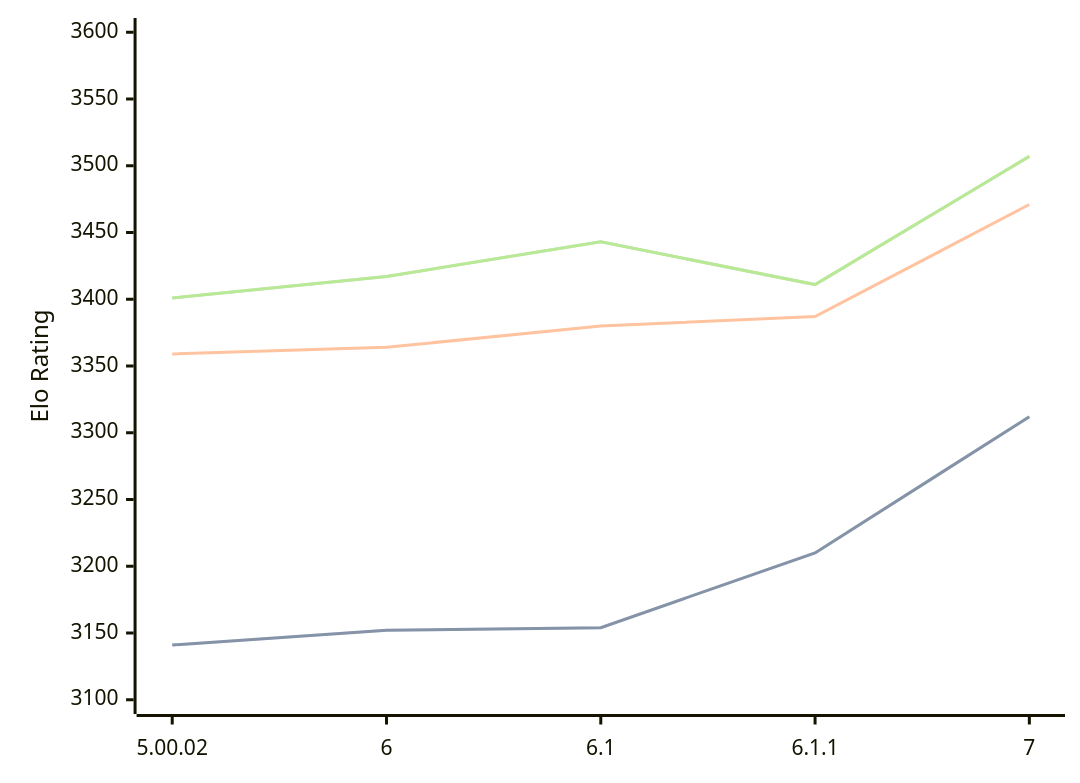
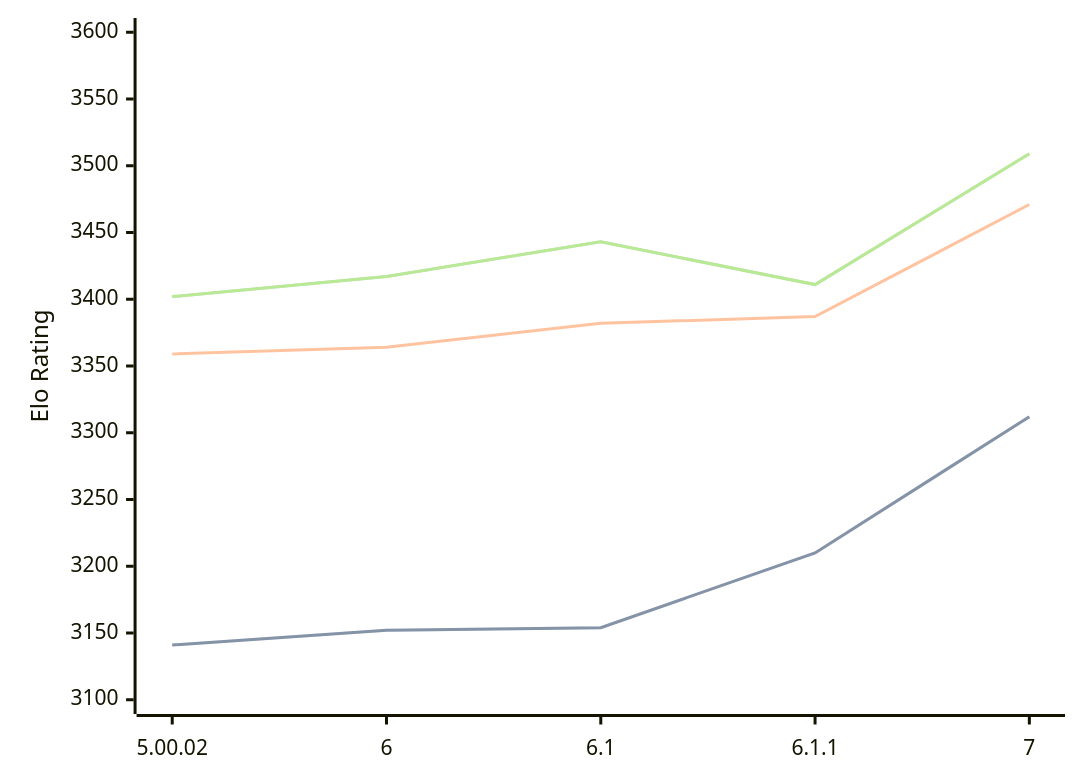
One commit to computer-chess-index/cci changed the diagram in engines/Zangdar.md. Above: the diagram before and after it, drawn with Mermaid. The commit also changed other lines of this file, not shown here.

Commit message:
Update CCI Ratings (ELO VLTC) - 2026-10-07

````diff
--- a/engines/Zangdar.md
+++ b/engines/Zangdar.md
@@ -35,11 +35,11 @@
 ```mermaid
 %%{init: {"theme":"base","themeVariables":{"seriesColors:['#a3a3a3','#222221','#faa371']}}}%%
 xychart-beta
   x-axis ["5.00.02", "6", "6.1", "6.1.1", "7"]
   y-axis "Elo Rating" 3100 --> 3600
   line "" [3141, 3152, 3154, 3210, 3312]
   line "STC (8.0+0.08s)" [3141, 3152, 3154, 3210, 3312]
-  line "LTC (60.0+0.60s)" [3359, 3364, 3380, 3387, 3471]
-  line "" [3401, 3417, 3443, 3411, 3507]
-  line "VLTC (2m24s+1.12s)" [3401, 3417, 3443, 3411, 3507]
+  line "LTC (60.0+0.60s)" [3359, 3364, 3382, 3387, 3471]
+  line "" [3402, 3417, 3443, 3411, 3509]
+  line "VLTC (2m24s+1.12s)" [3402, 3417, 3443, 3411, 3509]
 ```
````
